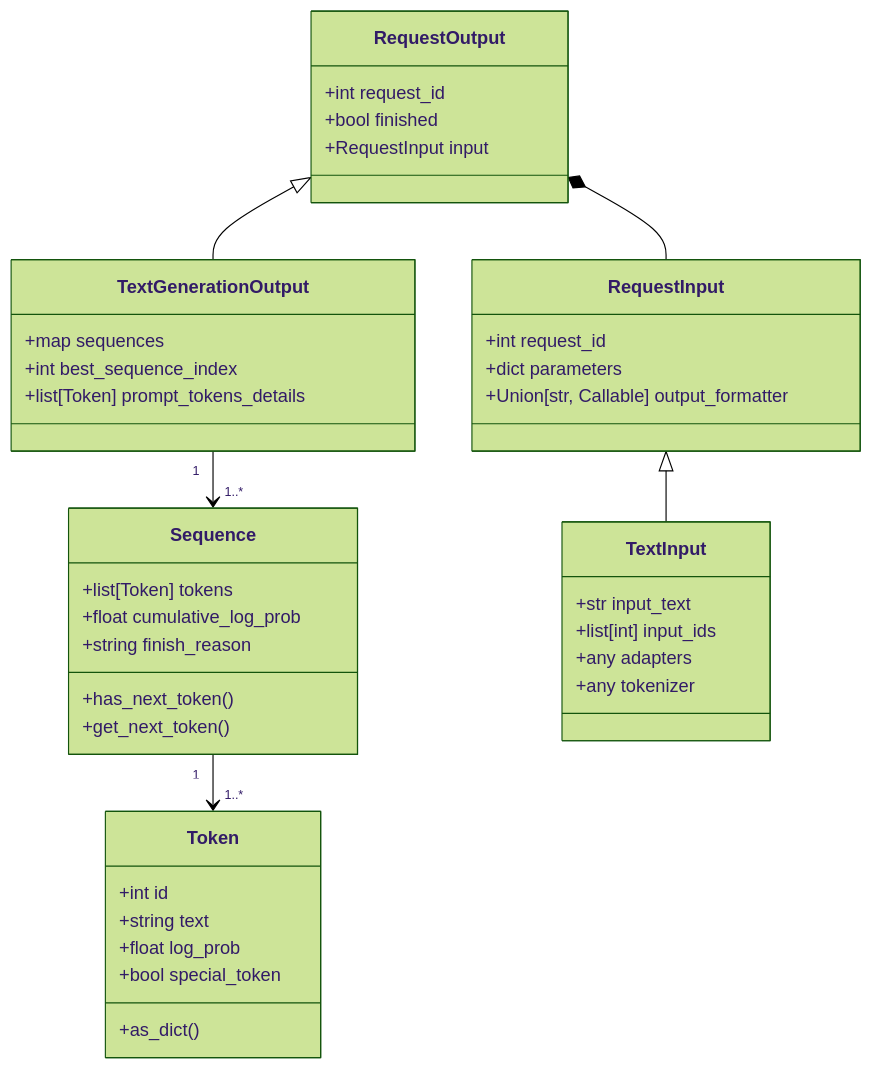
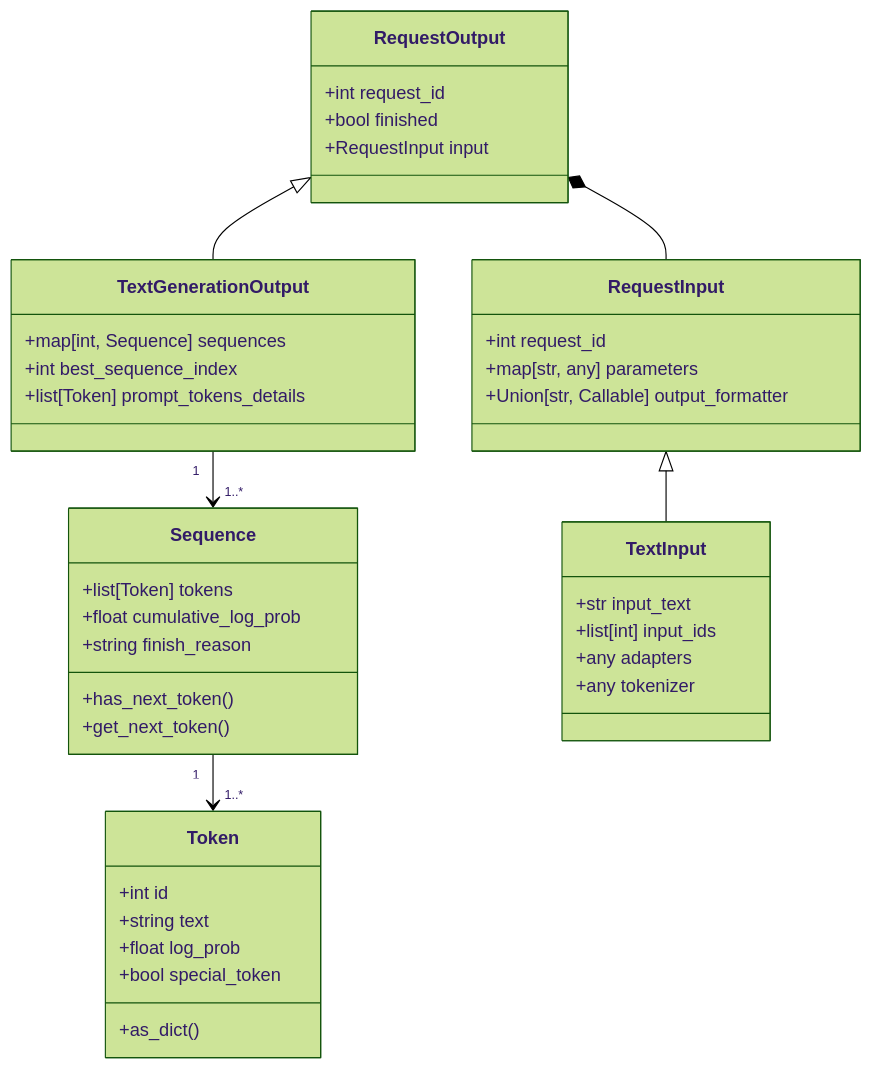
One commit to deepjavalibrary/djl-serving changed the diagram in serving/docs/lmi/user_guides/output_formatter_schema.md. Above: the diagram before and after it, drawn with Mermaid (forest theme). The commit also changed other lines of this file, not shown here.

Commit message:
[doc] improve output schema doc

````diff
--- a/serving/docs/lmi/user_guides/output_formatter_schema.md
+++ b/serving/docs/lmi/user_guides/output_formatter_schema.md
@@ -18,45 +18,45 @@
 ```mermaid
 classDiagram
     RequestOutput <|-- TextGenerationOutput
     RequestOutput *-- RequestInput
     TextGenerationOutput "1" --> "1..*" Sequence
     Sequence "1" --> "1..*" Token
     RequestInput <|-- TextInput
     class RequestOutput{
         +int request_id
         +bool finished
         +RequestInput input
     }
     class TextGenerationOutput{
-        +map sequences
+        +map[int, Sequence] sequences
         +int best_sequence_index
         +list[Token] prompt_tokens_details
     }
     class Sequence{
         +list[Token] tokens
         +float cumulative_log_prob
         +string finish_reason
         +has_next_token()
         +get_next_token()
     }
     
     class RequestInput{
         +int request_id
-        +dict parameters
+        +map[str, any] parameters
         +Union[str, Callable] output_formatter
     }
     class TextInput{
         +str input_text
         +list[int] input_ids
         +any adapters
         +any tokenizer
     }
     class Token{
         +int id
         +string text
         +float log_prob
         +bool special_token
         +as_dict()
     }
     
 ```
````
